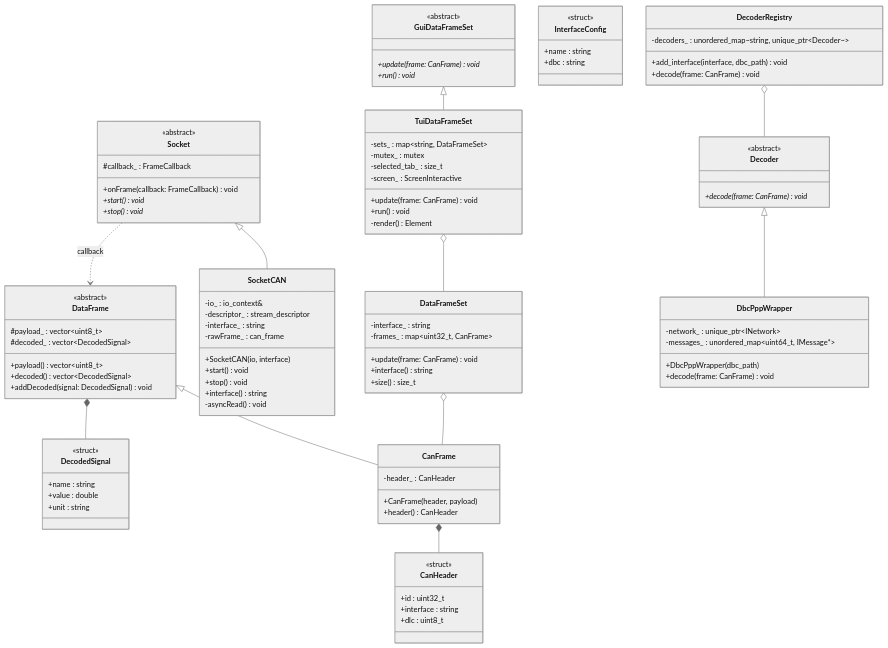
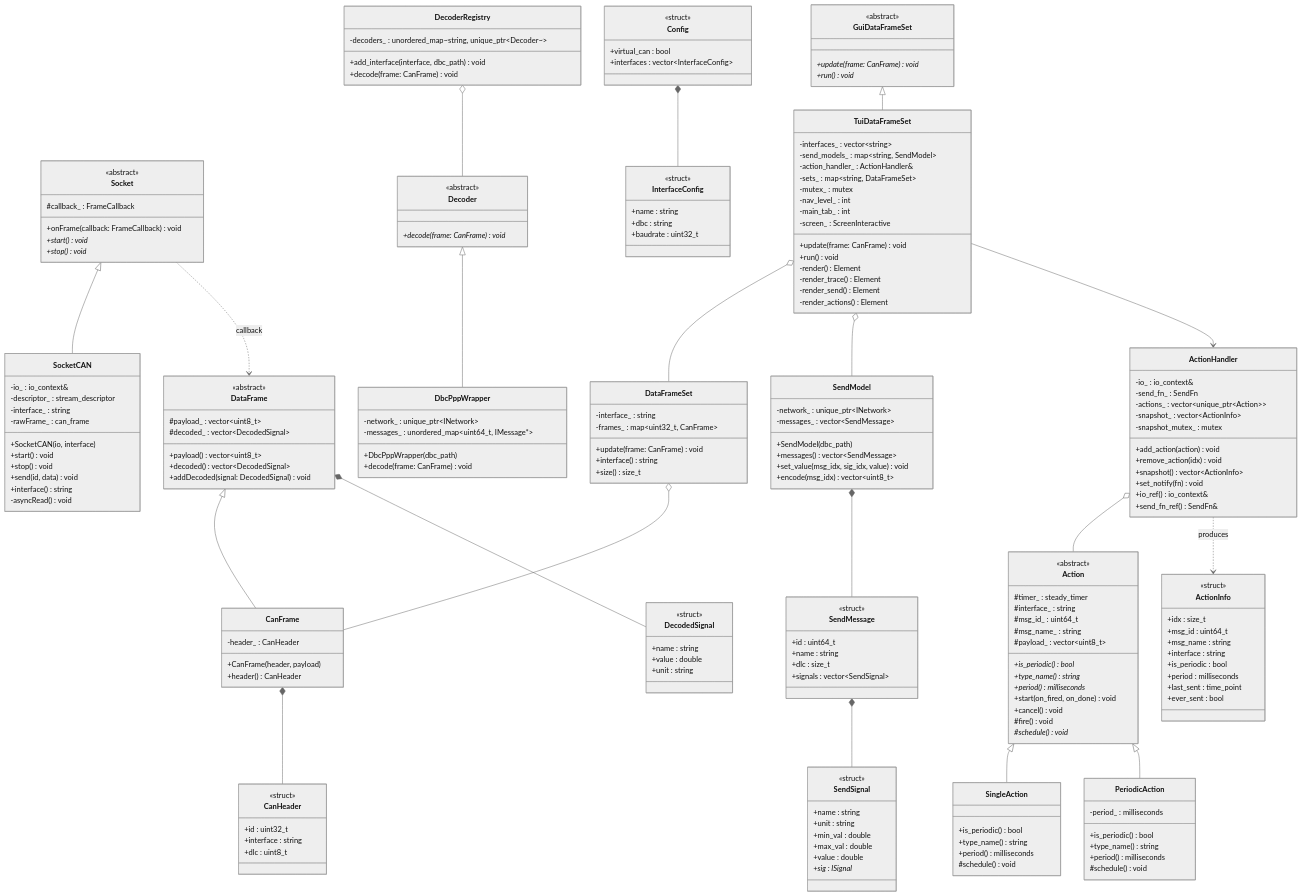
The diagram in docs/architecture.md (Oszimilian/caneo), drawn with Mermaid (neutral theme) before and after one commit. The commit also changed other lines of this file and 1 other file, not shown here.

Commit message:
updated architecture

````diff
--- a/docs/architecture.md
+++ b/docs/architecture.md
@@ -22,6 +22,7 @@
         +SocketCAN(io, interface)
         +start() void
         +stop() void
+        +send(id, data) void
         +interface() string
         -asyncRead() void
     }
@@ -81,17 +82,101 @@
         +decode(frame: CanFrame) void
     }
 
-    Socket <|-- SocketCAN
-    DataFrame <|-- CanFrame
-    Decoder <|-- DbcPppWrapper
-    DecoderRegistry o-- Decoder
-    DataFrameSet o-- CanFrame
-    CanFrame *-- CanHeader
-    DataFrame *-- DecodedSignal
     class InterfaceConfig {
         <<struct>>
         +name : string
         +dbc : string
+        +baudrate : uint32_t
+    }
+
+    class Config {
+        <<struct>>
+        +virtual_can : bool
+        +interfaces : vector~InterfaceConfig~
+    }
+
+    class SendSignal {
+        <<struct>>
+        +name : string
+        +unit : string
+        +min_val : double
+        +max_val : double
+        +value : double
+        +sig : ISignal*
+    }
+
+    class SendMessage {
+        <<struct>>
+        +id : uint64_t
+        +name : string
+        +dlc : size_t
+        +signals : vector~SendSignal~
+    }
+
+    class SendModel {
+        -network_ : unique_ptr~INetwork~
+        -messages_ : vector~SendMessage~
+        +SendModel(dbc_path)
+        +messages() vector~SendMessage~
+        +set_value(msg_idx, sig_idx, value) void
+        +encode(msg_idx) vector~uint8_t~
+    }
+
+    class Action {
+        <<abstract>>
+        #timer_ : steady_timer
+        #interface_ : string
+        #msg_id_ : uint64_t
+        #msg_name_ : string
+        #payload_ : vector~uint8_t~
+        +is_periodic() bool*
+        +type_name() string*
+        +period() milliseconds*
+        +start(on_fired, on_done) void
+        +cancel() void
+        #fire() void
+        #schedule() void*
+    }
+
+    class SingleAction {
+        +is_periodic() bool
+        +type_name() string
+        +period() milliseconds
+        #schedule() void
+    }
+
+    class PeriodicAction {
+        -period_ : milliseconds
+        +is_periodic() bool
+        +type_name() string
+        +period() milliseconds
+        #schedule() void
+    }
+
+    class ActionHandler {
+        -io_ : io_context&
+        -send_fn_ : SendFn
+        -actions_ : vector~unique_ptr~Action~~
+        -snapshot_ : vector~ActionInfo~
+        -snapshot_mutex_ : mutex
+        +add_action(action) void
+        +remove_action(idx) void
+        +snapshot() vector~ActionInfo~
+        +set_notify(fn) void
+        +io_ref() io_context&
+        +send_fn_ref() SendFn&
+    }
+
+    class ActionInfo {
+        <<struct>>
+        +idx : size_t
+        +msg_id : uint64_t
+        +msg_name : string
+        +interface : string
+        +is_periodic : bool
+        +period : milliseconds
+        +last_sent : time_point
+        +ever_sent : bool
     }
 
     class GuiDataFrameSet {
@@ -101,16 +186,39 @@
     }
 
     class TuiDataFrameSet {
+        -interfaces_ : vector~string~
+        -send_models_ : map~string, SendModel~
+        -action_handler_ : ActionHandler&
         -sets_ : map~string, DataFrameSet~
         -mutex_ : mutex
-        -selected_tab_ : size_t
+        -nav_level_ : int
+        -main_tab_ : int
         -screen_ : ScreenInteractive
         +update(frame: CanFrame) void
         +run() void
         -render() Element
+        -render_trace() Element
+        -render_send() Element
+        -render_actions() Element
     }
 
-    Socket ..> DataFrame : callback
+    Socket <|-- SocketCAN
+    DataFrame <|-- CanFrame
+    Decoder <|-- DbcPppWrapper
+    DecoderRegistry o-- Decoder
+    DataFrameSet o-- CanFrame
+    CanFrame *-- CanHeader
+    DataFrame *-- DecodedSignal
+    Config *-- InterfaceConfig
+    SendModel *-- SendMessage
+    SendMessage *-- SendSignal
+    Action <|-- SingleAction
+    Action <|-- PeriodicAction
+    ActionHandler o-- Action
+    ActionHandler ..> ActionInfo : produces
     GuiDataFrameSet <|-- TuiDataFrameSet
     TuiDataFrameSet o-- DataFrameSet
+    TuiDataFrameSet o-- SendModel
+    TuiDataFrameSet --> ActionHandler
+    Socket ..> DataFrame : callback
 ```
````
